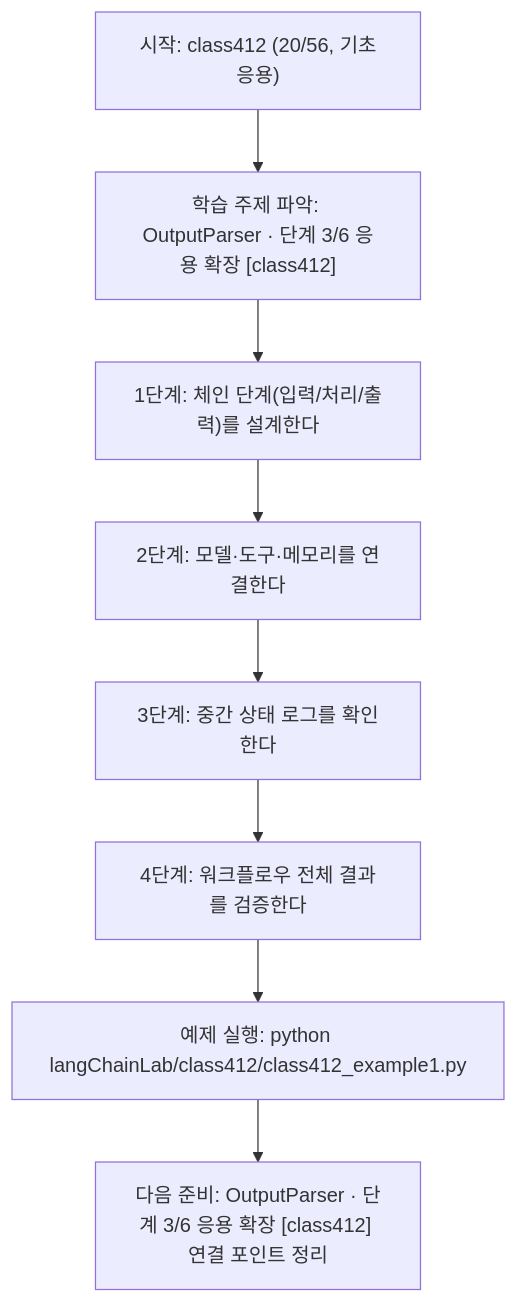
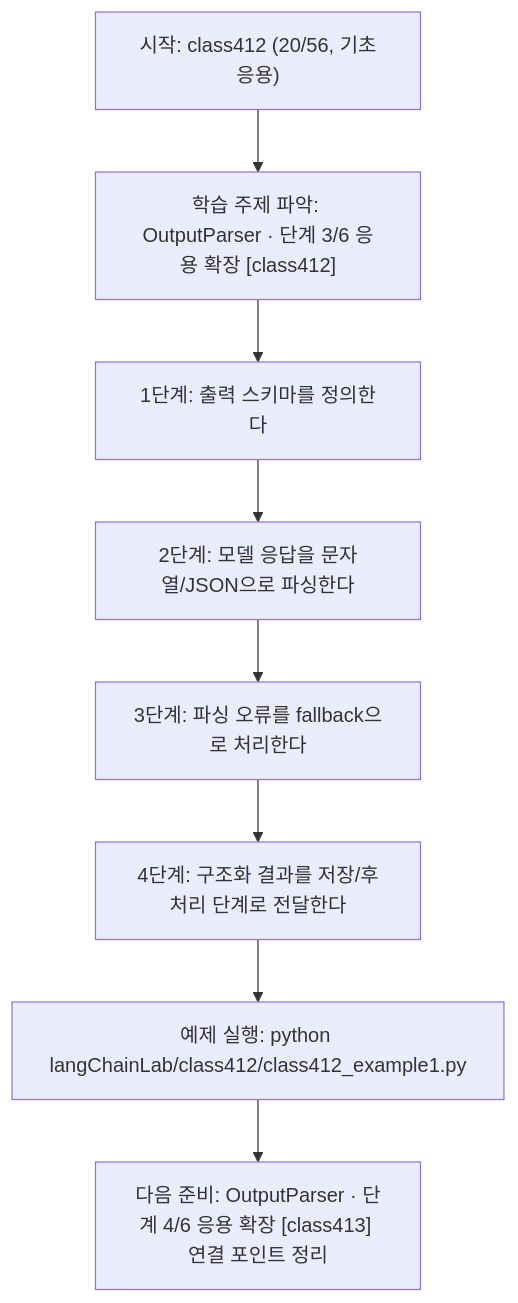
Before and after one commit to edumgt/Python-AI_Agent-Class: the diagram in langChainLab/class412/class412.md, drawn with Mermaid. The commit also changed other lines of this file and 395 other files, not shown here.

````diff
--- a/langChainLab/class412/class412.md
+++ b/langChainLab/class412/class412.md
@@ -108,18 +90,18 @@
 ```mermaid
 flowchart TD
 N1["시작: class412 (20/56, 기초응용)"]
 N2["학습 주제 파악: OutputParser · 단계 3/6 응용 확장 [class412]"]
-N3["1단계: 체인 단계(입력/처리/출력)를 설계한다"]
-N4["2단계: 모델·도구·메모리를 연결한다"]
-N5["3단계: 중간 상태 로그를 확인한다"]
-N6["4단계: 워크플로우 전체 결과를 검증한다"]
+N3["1단계: 출력 스키마를 정의한다"]
+N4["2단계: 모델 응답을 문자열/JSON으로 파싱한다"]
+N5["3단계: 파싱 오류를 fallback으로 처리한다"]
+N6["4단계: 구조화 결과를 저장/후처리 단계로 전달한다"]
 N7["예제 실행: python langChainLab/class412/class412_example1.py"]
-N8["다음 준비: OutputParser · 단계 3/6 응용 확장 [class412] 연결 포인트 정리"]
+N8["다음 준비: OutputParser · 단계 4/6 응용 확장 [class413] 연결 포인트 정리"]
 N1 --> N2
 N2 --> N3
 N3 --> N4
 N4 --> N5
 N5 --> N6
 N6 --> N7
 N7 --> N8
 ```
````
